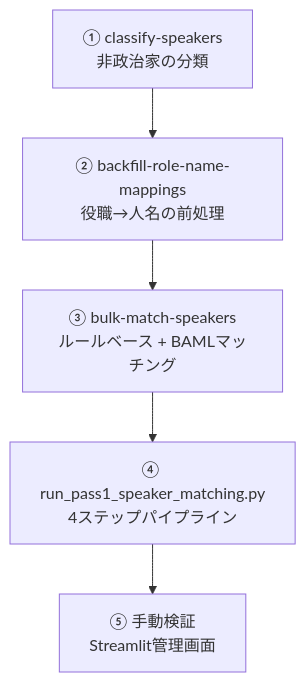
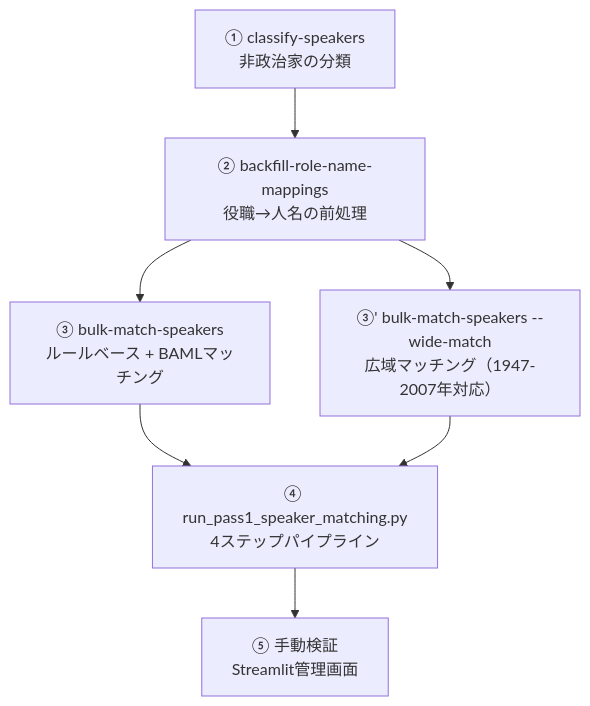
Before and after one commit to sage-base/corporation-docs: the second of 2 diagrams in docs/development/data-creation/relations/speaker-politician.md, drawn with Mermaid. The commit also changed other lines of this file and 2 other files, not shown here.

First line of the commit message:
PR #1293,#1295,#1296,#1285 反映: 広域マッチング・名前正規化・同姓同名判定・テーブルリネーム

````diff
--- a/docs/development/data-creation/relations/speaker-politician.md
+++ b/docs/development/data-creation/relations/speaker-politician.md
@@ -39,7 +41,9 @@
 ```mermaid
 flowchart TD
     A[① classify-speakers<br/>非政治家の分類] --> B[② backfill-role-name-mappings<br/>役職→人名の前処理]
     B --> C[③ bulk-match-speakers<br/>ルールベース + BAMLマッチング]
+    B --> C2[③' bulk-match-speakers --wide-match<br/>広域マッチング（1947-2007年対応）]
     C --> D[④ run_pass1_speaker_matching.py<br/>4ステップパイプライン]
+    C2 --> D
     D --> E[⑤ 手動検証<br/>Streamlit管理画面]
 ```
````
